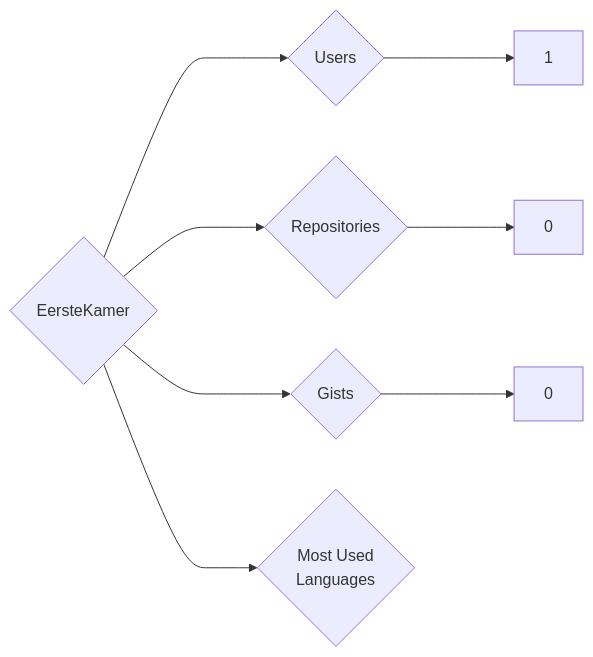
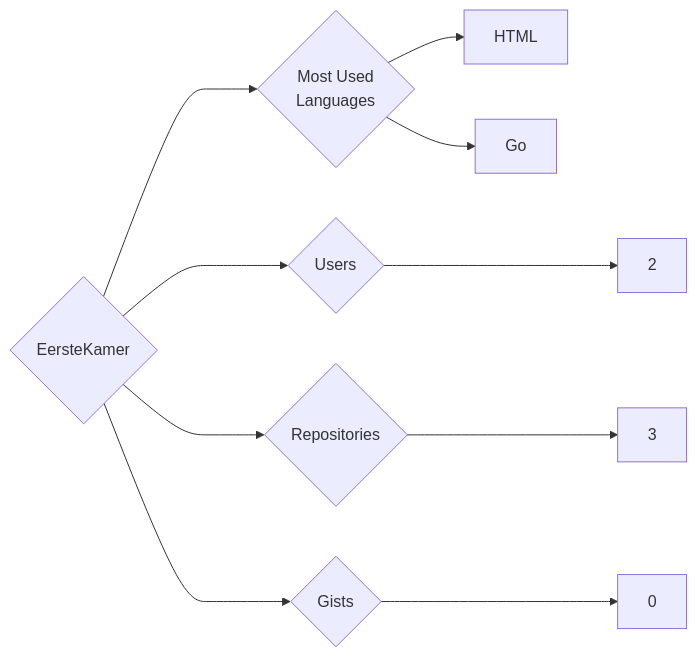
The diagram in targets/EersteKamer/README.md (trickest/insiders), drawn with Mermaid before and after one commit. The commit also changed 783 other files, not shown here.

````diff
--- a/targets/EersteKamer/README.md
+++ b/targets/EersteKamer/README.md
@@ -3,8 +3,10 @@
 ```mermaid
 graph LR
 COMPANY_NAME{EersteKamer}
-COMPANY_NAME ---> U{Users} ---> UN[1]
-COMPANY_NAME ---> R{Repositories} ---> RN[0]
+COMPANY_NAME ---> U{Users} ---> UN[2]
+COMPANY_NAME ---> R{Repositories} ---> RN[3]
 COMPANY_NAME ---> G{Gists} ---> GN[0]
 COMPANY_NAME ---> ML{Most Used<br>Languages}
+ML --> HTML[HTML]
+ML --> Go[Go]
 ```
````
